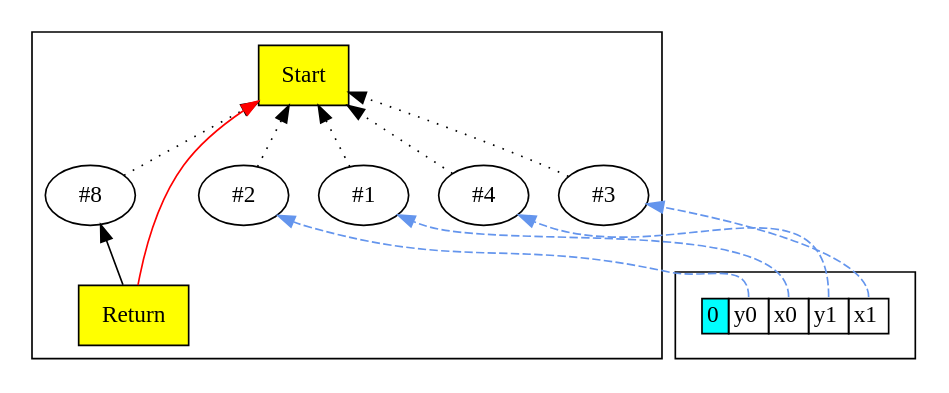
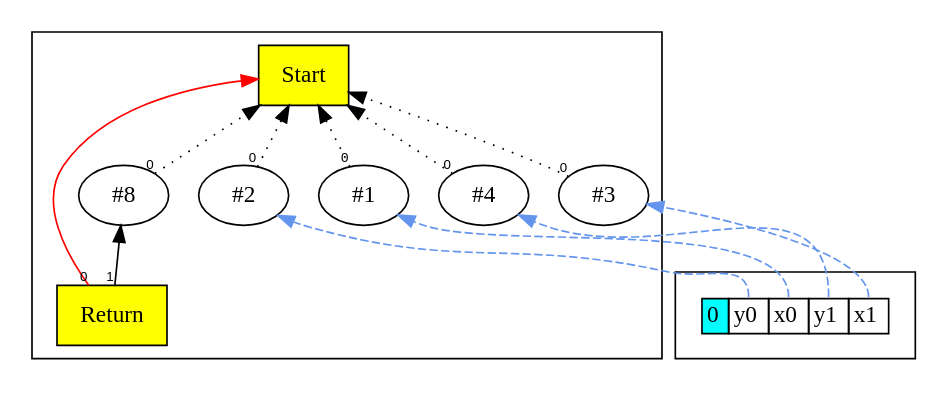
One commit to SeaOfNodes/Simple changed the diagram in chapter03/docs/03-graph3.gv. Above: the diagram before and after it, drawn with Graphviz. The commit also changed other lines of this file and 14 other files, not shown here.

```diff
--- a/chapter03/docs/03-graph3.gv
+++ b/chapter03/docs/03-graph3.gv
@@ -1,31 +1,37 @@
 digraph chapter03 {
+/*
+int x0=1; int y0=2; int x1=3; int y1=4; return (x0-x1)*(x0-x1) + (y0-y1)*(y0-y1); #showGraph;
+*/
 	rankdir=BT;
+	ordering="in";
+	concentrate="true";
 	subgraph cluster_Nodes {
-		Start1 [ shape=box style=filled fillcolor=yellow label="Start" ];
-		Con_2 [ label="#1" ];
-		Con_3 [ label="#2" ];
-		Con_19 [ label="#8" ];
-		Con_4 [ label="#3" ];
-		Return20 [ shape=box style=filled fillcolor=yellow label="Return" ];
-		Con_5 [ label="#4" ];
+		Start2 [ shape=box style=filled fillcolor=yellow label="Start" ];
+		Con_3 [ label="#1" ];
+		Con_4 [ label="#2" ];
+		Con_20 [ label="#8" ];
+		Con_5 [ label="#3" ];
+		Return21 [ shape=box style=filled fillcolor=yellow label="Return" ];
+		Con_6 [ label="#4" ];
 	}
 	node [shape=plaintext];
-	subgraph cluster_0 {
-		scope0 [label=<
+	subgraph cluster_Scope1_0 {
+		Scope1_0 [label=<
 			<TABLE BORDER="0" CELLBORDER="1" CELLSPACING="0">
-			<TR><TD BGCOLOR="cyan">0</TD><TD PORT="scope0_y0">y0</TD><TD PORT="scope0_x0">x0</TD><TD PORT="scope0_y1">y1</TD><TD PORT="scope0_x1">x1</TD></TR>
+			<TR><TD BGCOLOR="cyan">0</TD><TD PORT="Scope1_0_y0">y0</TD><TD PORT="Scope1_0_x0">x0</TD><TD PORT="Scope1_0_y1">y1</TD><TD PORT="Scope1_0_x1">x1</TD></TR>
 			</TABLE>>];
 	}
-	Con_2 -> Start1 [style=dotted];
-	Con_3 -> Start1 [style=dotted];
-	Con_19 -> Start1 [style=dotted];
-	Con_4 -> Start1 [style=dotted];
-	Return20 -> Start1 [color=red];
-	Return20 -> Con_19;
-	Con_5 -> Start1 [style=dotted];
+	edge [ fontname=Helvetica, fontsize=8 ];
+	Con_3 -> Start2[taillabel=0 style=dotted];
+	Con_4 -> Start2[taillabel=0 style=dotted];
+	Con_20 -> Start2[taillabel=0 style=dotted];
+	Con_5 -> Start2[taillabel=0 style=dotted];
+	Return21 -> Start2[taillabel=0 color=red];
+	Return21 -> Con_20[taillabel=1];
+	Con_6 -> Start2[taillabel=0 style=dotted];
 	edge [style=dashed color=cornflowerblue];
-	scope0:scope0_y0 -> Con_3;
-	scope0:scope0_x0 -> Con_2;
-	scope0:scope0_y1 -> Con_5;
-	scope0:scope0_x1 -> Con_4;
+	Scope1_0:"Scope1_0_y0" -> Con_4;
+	Scope1_0:"Scope1_0_x0" -> Con_3;
+	Scope1_0:"Scope1_0_y1" -> Con_6;
+	Scope1_0:"Scope1_0_x1" -> Con_5;
 }
```
